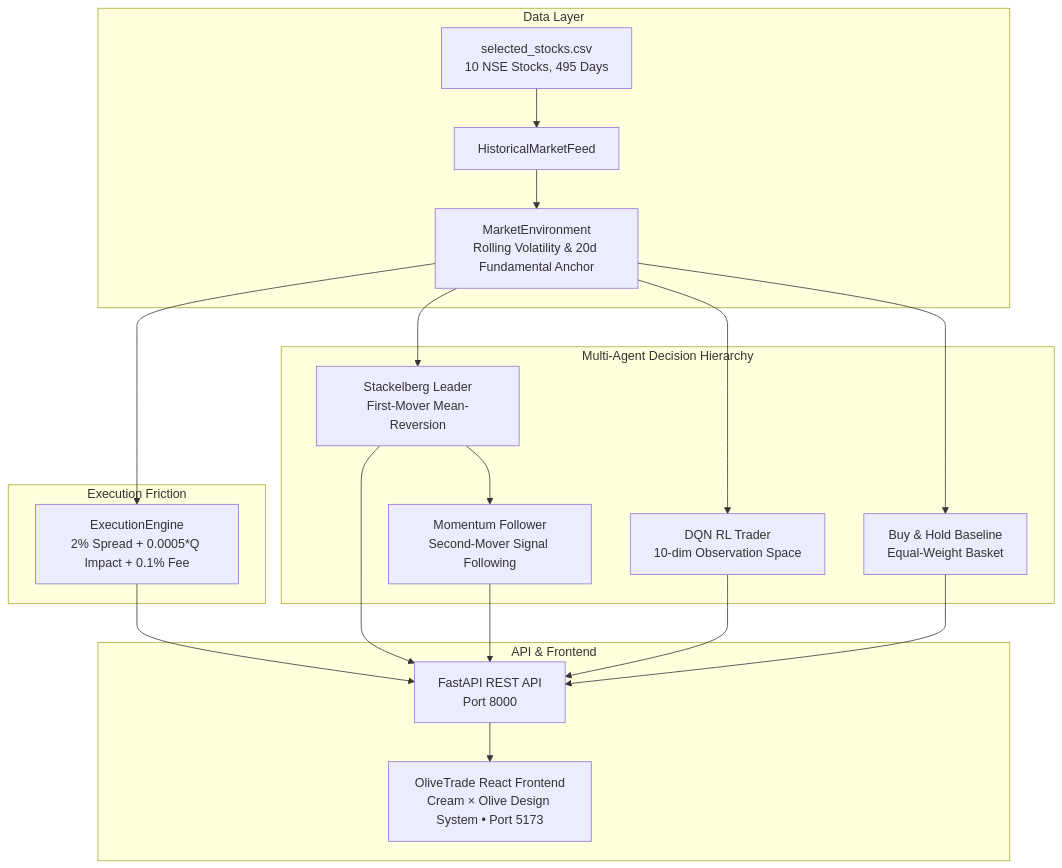
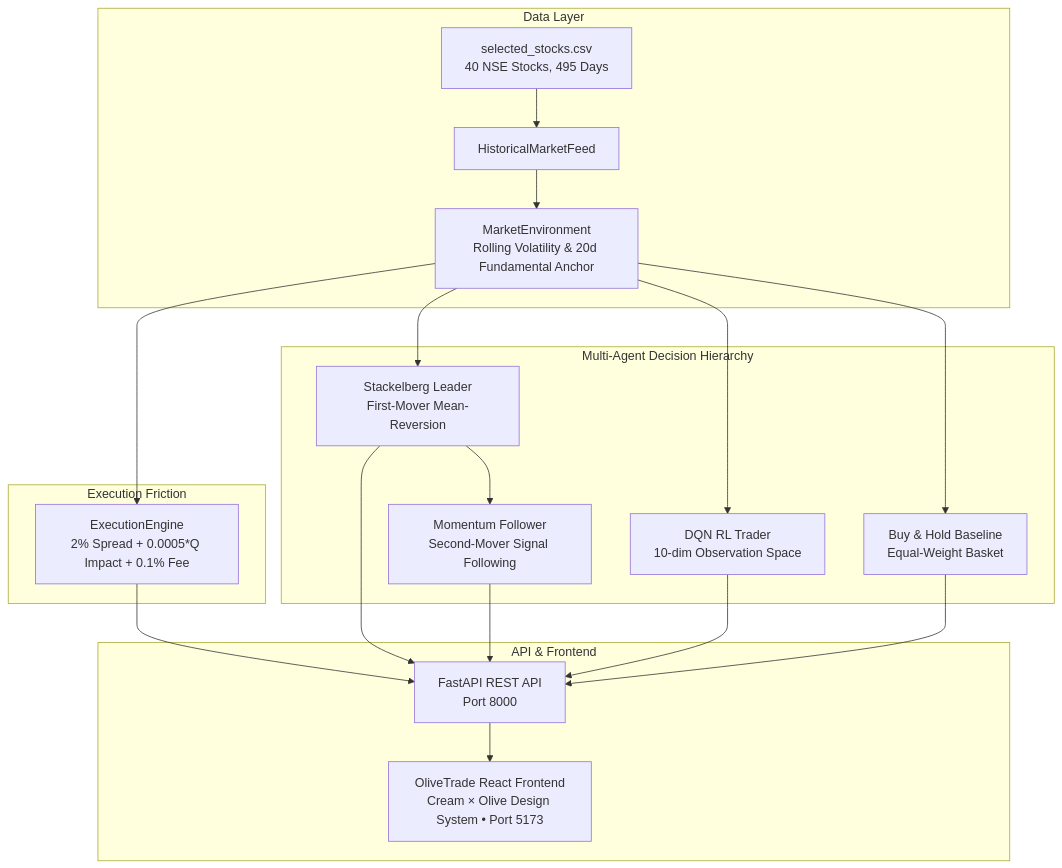
One commit to pushti0102/Trading_agent changed the diagram in README.md. Above: the diagram before and after it, drawn with Mermaid. The commit also changed other lines of this file and 86 other files, not shown here.

````diff
--- a/README.md
+++ b/README.md
@@ -15,27 +15,27 @@
 ```mermaid
 graph TD
     subgraph Data Layer
-        A[selected_stocks.csv<br/>10 NSE Stocks, 495 Days] --> B[HistoricalMarketFeed]
+        A[selected_stocks.csv<br/>40 NSE Stocks, 495 Days] --> B[HistoricalMarketFeed]
         B --> C[MarketEnvironment<br/>Rolling Volatility & 20d Fundamental Anchor]
     end
 
     subgraph Execution Friction
         C --> D[ExecutionEngine<br/>2% Spread + 0.0005*Q Impact + 0.1% Fee]
     end
 
     subgraph Multi-Agent Decision Hierarchy
         C --> E[Stackelberg Leader<br/>First-Mover Mean-Reversion]
         E --> F[Momentum Follower<br/>Second-Mover Signal Following]
         C --> G[DQN RL Trader<br/>10-dim Observation Space]
         C --> H[Buy & Hold Baseline<br/>Equal-Weight Basket]
     end
 
     subgraph API & Frontend
         D --> I[FastAPI REST API<br/>Port 8000]
         E --> I
         F --> I
         G --> I
         H --> I
         I --> J[OliveTrade React Frontend<br/>Cream × Olive Design System • Port 5173]
     end
 ```
````
